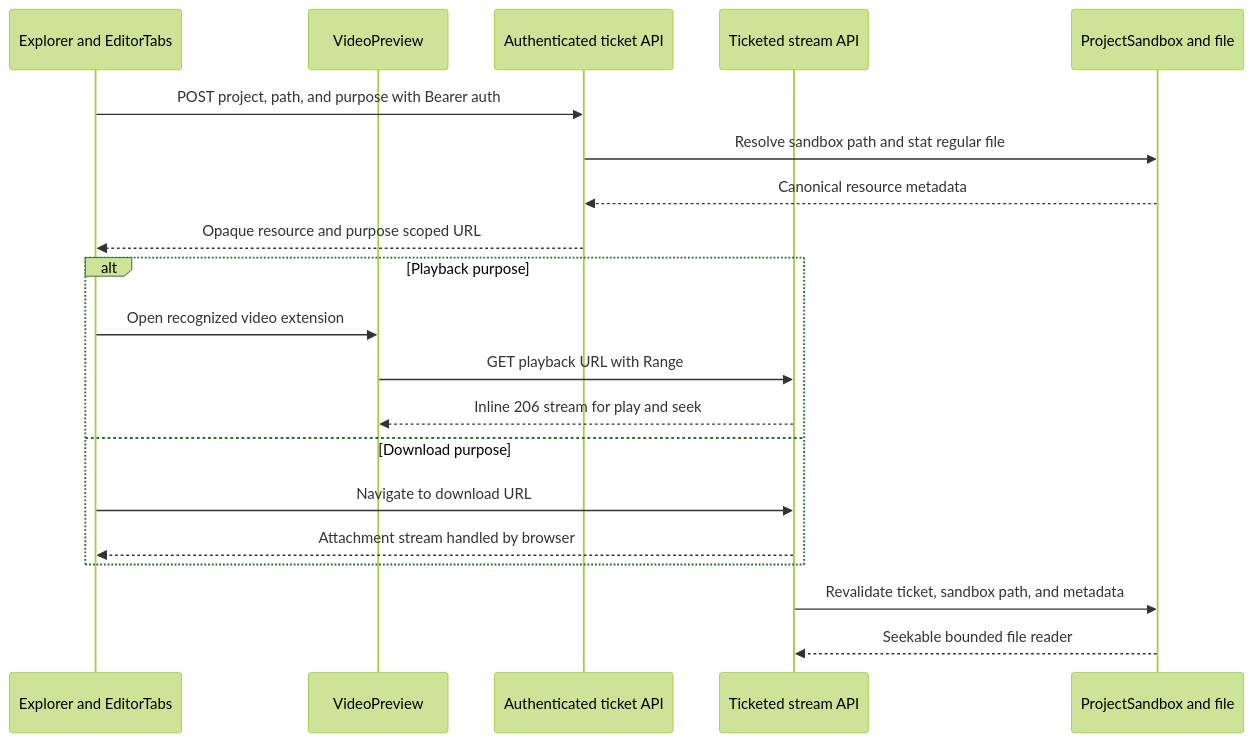
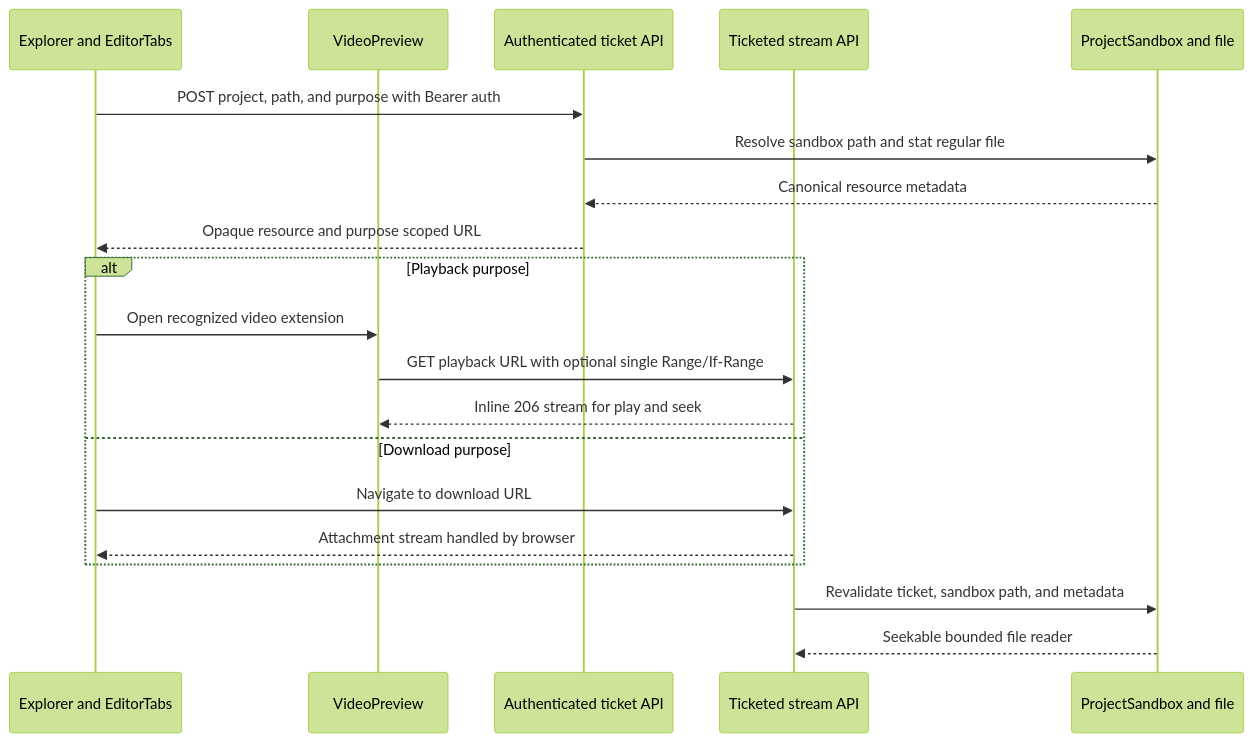
The fourth of 5 diagrams in docs/system-architecture.md (loidinhm31/dam-hopper), drawn with Mermaid (forest theme) before and after one commit. The commit also changed other lines of this file and 11 other files, not shown here.

````diff
--- a/docs/system-architecture.md
+++ b/docs/system-architecture.md
@@ -778,22 +777,22 @@
 ```mermaid
 sequenceDiagram
     participant E as Explorer and EditorTabs
     participant V as VideoPreview
     participant A as Authenticated ticket API
     participant S as Ticketed stream API
     participant F as ProjectSandbox and file
     E->>A: POST project, path, and purpose with Bearer auth
     A->>F: Resolve sandbox path and stat regular file
     F-->>A: Canonical resource metadata
     A-->>E: Opaque resource and purpose scoped URL
     alt Playback purpose
         E->>V: Open recognized video extension
-        V->>S: GET playback URL with Range
+        V->>S: GET playback URL with optional single Range/If-Range
         S-->>V: Inline 206 stream for play and seek
     else Download purpose
         E->>S: Navigate to download URL
         S-->>E: Attachment stream handled by browser
     end
     S->>F: Revalidate ticket, sandbox path, and metadata
     F-->>S: Seekable bounded file reader
 ```
````
